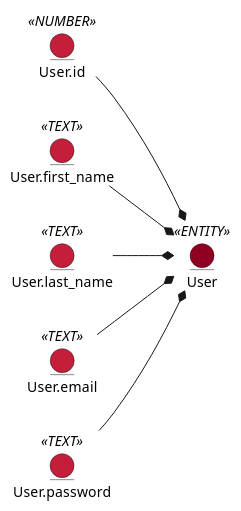
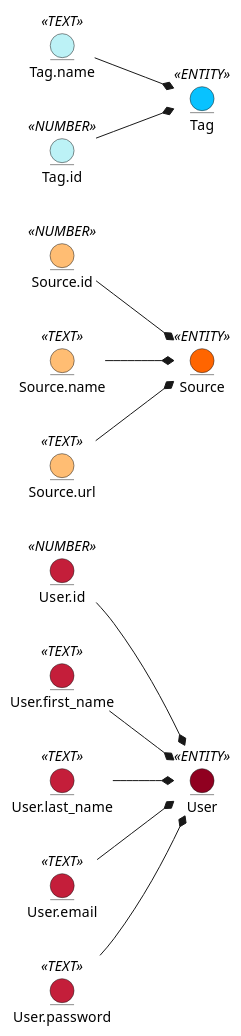
Before and after one commit to semenyaka08/media-content-api: the diagram in docs/design/README.md, drawn with PlantUML.

Commit message:
added tag and source objects

```diff
--- a/docs/design/README.md
+++ b/docs/design/README.md
@@ -5,18 +5,39 @@
 @startuml
 
 left to right direction
 
 entity User <<ENTITY>> #900020
 entity User.id <<NUMBER>> #C41E3A
 entity User.first_name <<TEXT>> #C41E3A
 entity User.last_name <<TEXT>> #C41E3A
 entity User.email <<TEXT>> #C41E3A
 entity User.password <<TEXT>> #C41E3A
 
 User.id -d-* User
 User.first_name -d-* User
 User.last_name -d-* User
 User.email -d-* User
 User.password -d-* User
 
+left to right direction
+    
+entity Source <<ENTITY>> #FF6500
+entity Source.id <<NUMBER>> #FFBD73
+entity Source.name <<TEXT>> #FFBD73
+entity Source.url <<TEXT>> #FFBD73
+
+Source.id -d-* Source 
+Source.name -d-* Source 
+Source.url -d-* Source
+
+
+left to right direction
+
+entity Tag <<ENTITY>> #08C2FF 
+entity Tag.name <<TEXT>> #BCF2F6 
+entity Tag.id <<NUMBER>> #BCF2F6
+
+Tag.id -d-* Tag 
+Tag.name -d-* Tag
+
 @enduml
```
